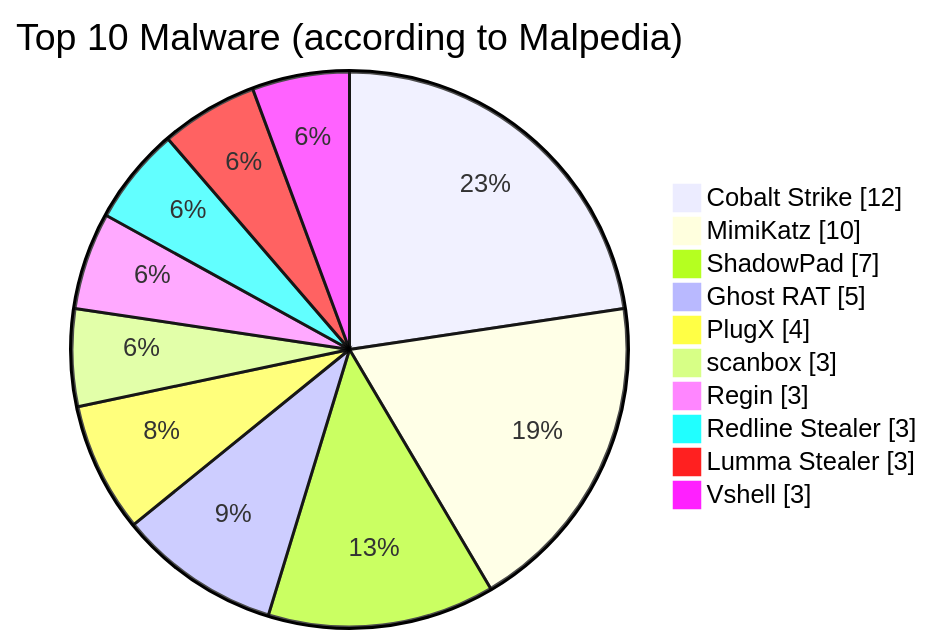
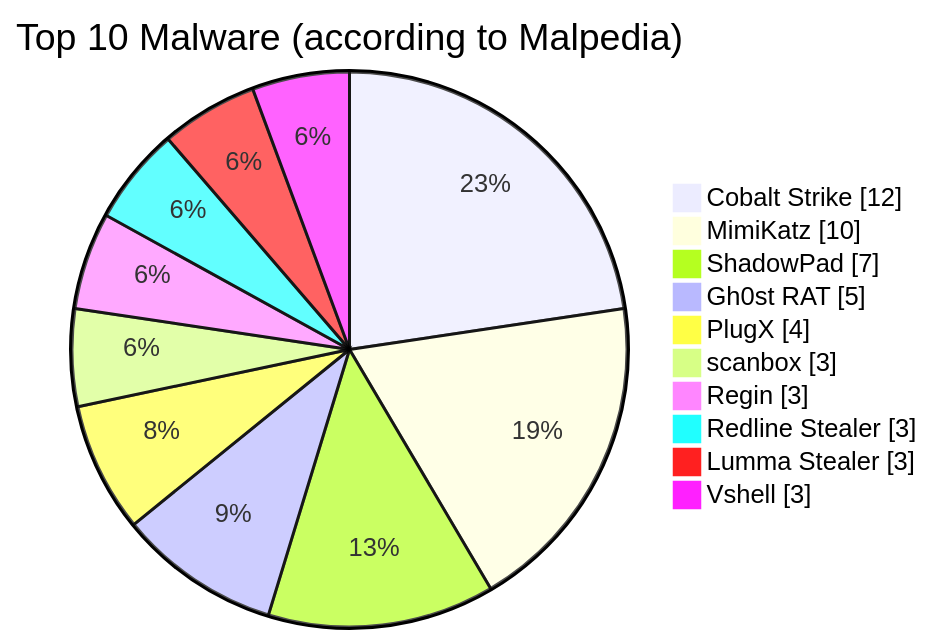
One commit to rectifyq/site changed the second of 2 diagrams in content/my-threat-landscape/TTPs.md. Above: the diagram before and after it, drawn with Mermaid. The commit also changed other lines of this file and 38 other files, not shown here.

````diff
--- a/content/my-threat-landscape/TTPs.md
+++ b/content/my-threat-landscape/TTPs.md
@@ -31,15 +29,15 @@
 ```mermaid
     pie showData
     title Top 10 Malware (according to Malpedia)
         "Cobalt Strike":	12
         "MimiKatz":	10
         "ShadowPad":	7
-        "Ghost RAT":	5
+        "Gh0st RAT":	5
         "PlugX":	4
         "scanbox":	3
         "Regin":	3
         "Redline Stealer":	3
         "Lumma Stealer":	3
         "Vshell":	3
 
 ```
````
